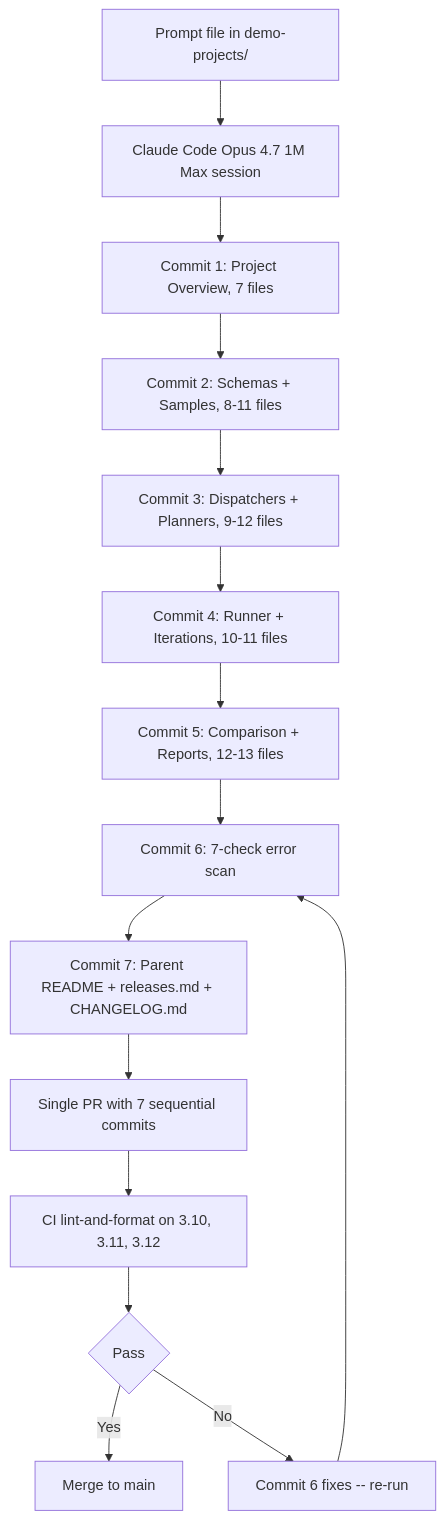
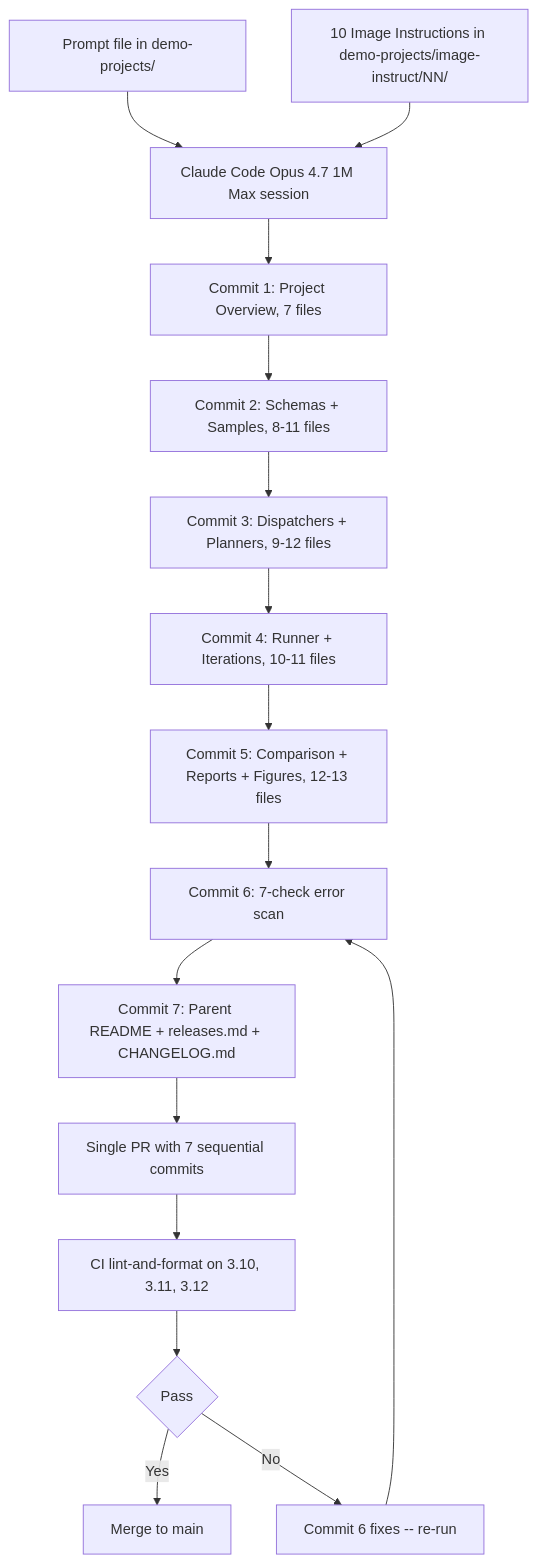
One commit to kevinkawchak/Clinical-AI-Demos changed the second of 2 diagrams in README.md. Above: the diagram before and after it, drawn with Mermaid. The commit also changed other lines of this file and 3 other files, not shown here.

````diff
--- a/README.md
+++ b/README.md
@@ -195,17 +216,18 @@
 ```mermaid
 flowchart TB
   P[Prompt file in demo-projects/] --> CC[Claude Code Opus 4.7 1M Max session]
+  II[10 Image Instructions in demo-projects/image-instruct/NN/] --> CC
   CC --> R1[Commit 1: Project Overview, 7 files]
   R1 --> R2[Commit 2: Schemas + Samples, 8-11 files]
   R2 --> R3[Commit 3: Dispatchers + Planners, 9-12 files]
   R3 --> R4[Commit 4: Runner + Iterations, 10-11 files]
-  R4 --> R5[Commit 5: Comparison + Reports, 12-13 files]
+  R4 --> R5[Commit 5: Comparison + Reports + Figures, 12-13 files]
   R5 --> R6[Commit 6: 7-check error scan]
   R6 --> R7[Commit 7: Parent README + releases.md + CHANGELOG.md]
   R7 --> PR[Single PR with 7 sequential commits]
   PR --> CI[CI lint-and-format on 3.10, 3.11, 3.12]
   CI --> M{Pass}
   M -->|Yes| MR[Merge to main]
   M -->|No| FX[Commit 6 fixes -- re-run]
   FX --> R6
 ```
````
